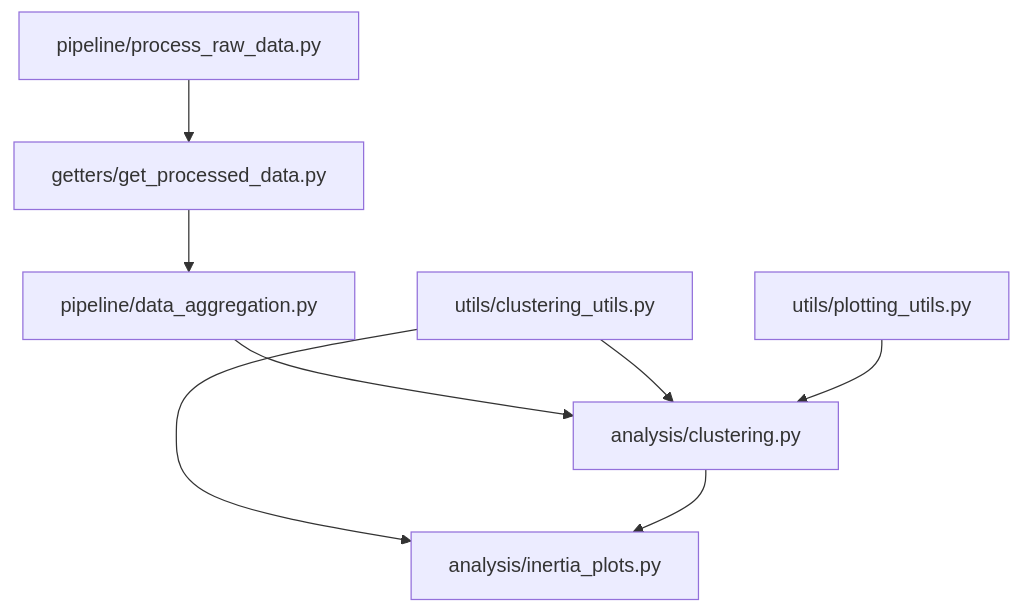
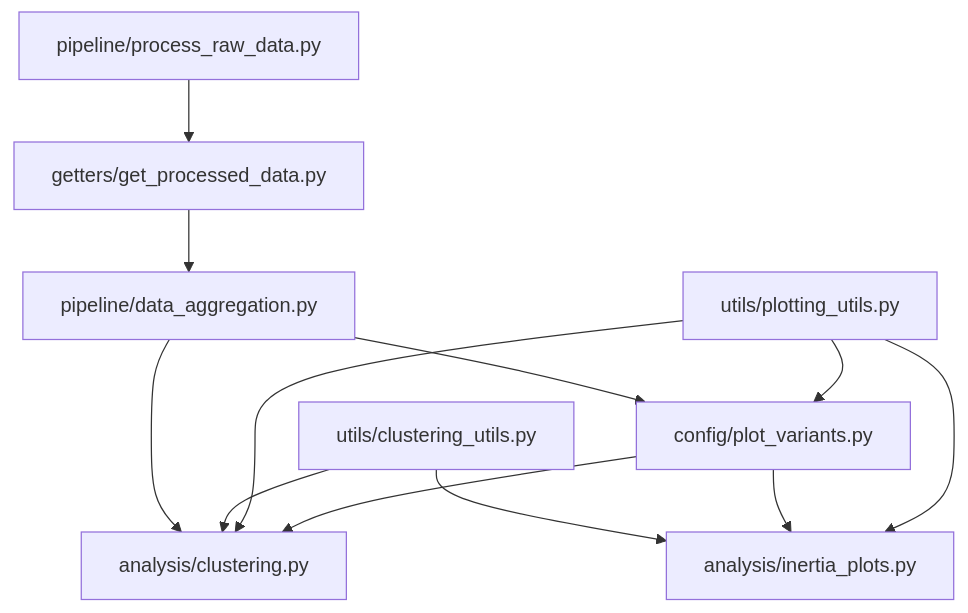
One commit to nestauk/asf_smart_meter_exploration changed the diagram in README.md. Above: the diagram before and after it, drawn with Mermaid. The commit also changed 3 other files, not shown here.

````diff
--- a/README.md
+++ b/README.md
@@ -69,10 +69,14 @@
 ```mermaid
   graph TD;
       pipeline/process_raw_data.py-->getters/get_processed_data.py;
       getters/get_processed_data.py-->pipeline/data_aggregation.py;
       pipeline/data_aggregation.py-->analysis/clustering.py;
       utils/clustering_utils.py-->analysis/inertia_plots.py;
       utils/clustering_utils.py-->analysis/clustering.py;
       utils/plotting_utils.py-->analysis/clustering.py;
-      analysis/clustering.py-->analysis/inertia_plots.py;
+      pipeline/data_aggregation.py-->config/plot_variants.py;
+      config/plot_variants.py-->analysis/inertia_plots.py;
+      utils/plotting_utils.py-->config/plot_variants.py;
+      config/plot_variants.py-->analysis/clustering.py;
+      utils/plotting_utils.py-->analysis/inertia_plots.py;
 ```
````
